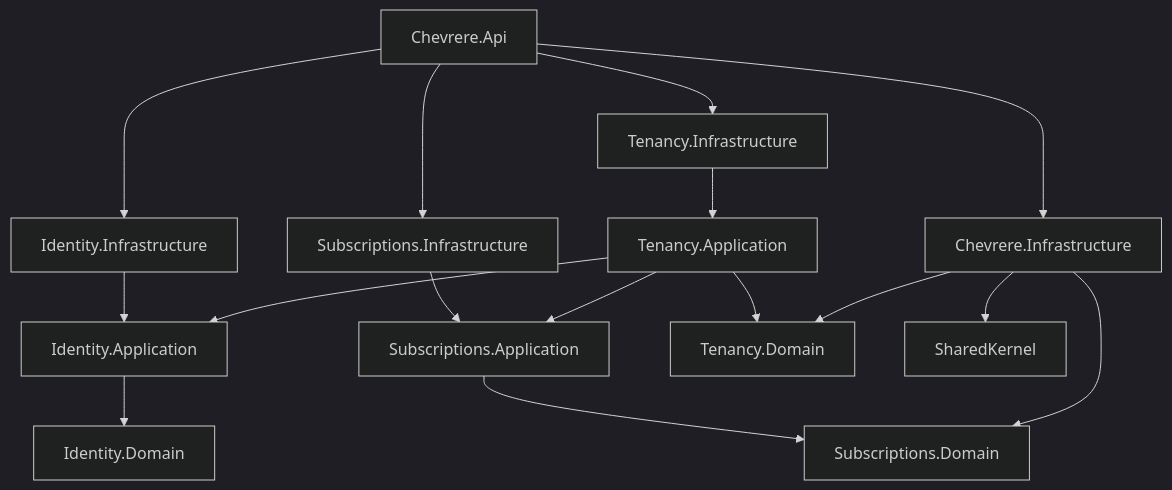
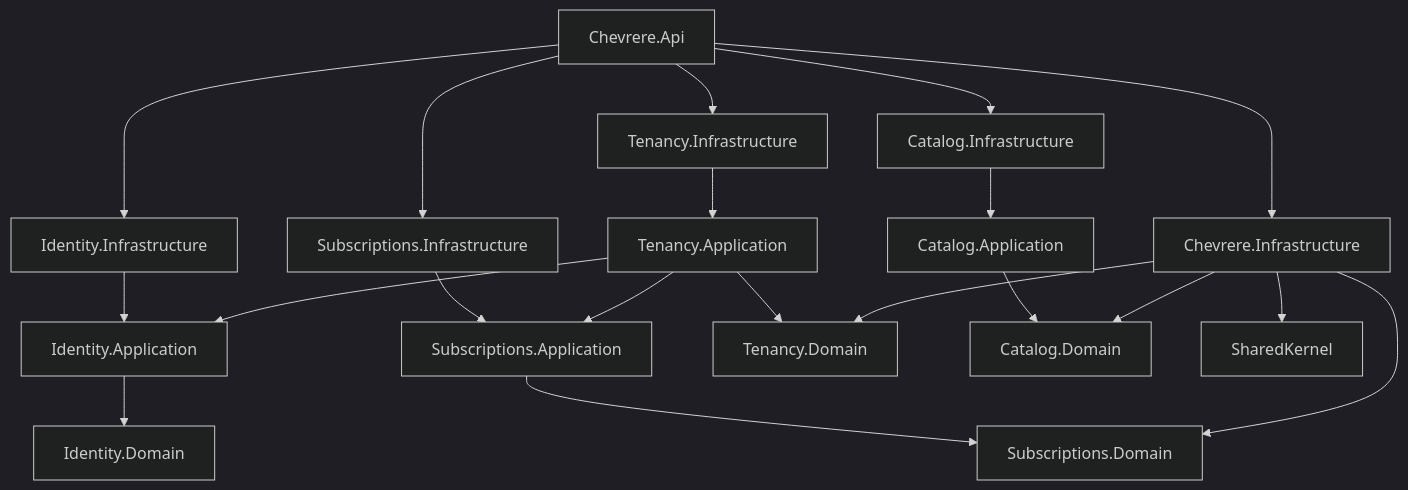
Before and after one commit to adolfojinete/Chevrere: the diagram in docs/architecture.md, drawn with Mermaid (dark theme). The commit also changed other lines of this file and 50 other files, not shown here.

````diff
--- a/docs/architecture.md
+++ b/docs/architecture.md
@@ -65,22 +92,26 @@
 ```mermaid
 flowchart TD
     Api[Chevrere.Api] --> IdentityInfra[Identity.Infrastructure]
     Api --> TenancyInfra[Tenancy.Infrastructure]
     Api --> SubsInfra[Subscriptions.Infrastructure]
+    Api --> CatalogInfra[Catalog.Infrastructure]
     Api --> SharedInfra[Chevrere.Infrastructure]
 
     IdentityInfra --> IdentityApp[Identity.Application]
     TenancyInfra --> TenancyApp[Tenancy.Application]
     SubsInfra --> SubsApp[Subscriptions.Application]
+    CatalogInfra --> CatalogApp[Catalog.Application]
 
     TenancyApp --> IdentityApp
     TenancyApp --> SubsApp
 
     IdentityApp --> IdentityDomain[Identity.Domain]
     TenancyApp --> TenancyDomain[Tenancy.Domain]
     SubsApp --> SubsDomain[Subscriptions.Domain]
+    CatalogApp --> CatalogDomain[Catalog.Domain]
 
+    SharedInfra --> CatalogDomain
     SharedInfra --> TenancyDomain
     SharedInfra --> SubsDomain
     SharedInfra --> SharedKernel[SharedKernel]
 ```
````
